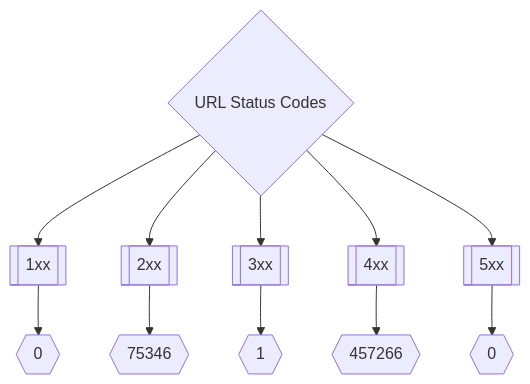
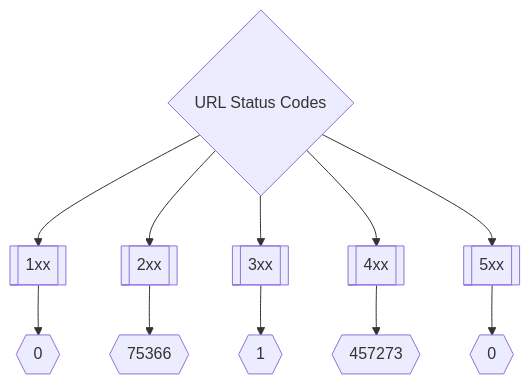
The second of 3 diagrams in README.md (trickest/inventory), drawn with Mermaid before and after one commit. The commit also changed other lines of this file and 35 other files, not shown here.

````diff
--- a/README.md
+++ b/README.md
@@ -173,8 +173,8 @@
 ```mermaid
 graph TD
 title{URL Status Codes} --> 1xx[[1xx]] --> status1xxNum{{0}}
-title --> 2xx[[2xx]] --> status2xxNum{{75346}}
+title --> 2xx[[2xx]] --> status2xxNum{{75366}}
 title --> 3xx[[3xx]] --> status3xxNum{{1}}
-title --> 4xx[[4xx]] --> status4xxNum{{457266}}
+title --> 4xx[[4xx]] --> status4xxNum{{457273}}
 title --> 5xx[[5xx]] --> status5xxNum{{0}}
 ```
````
